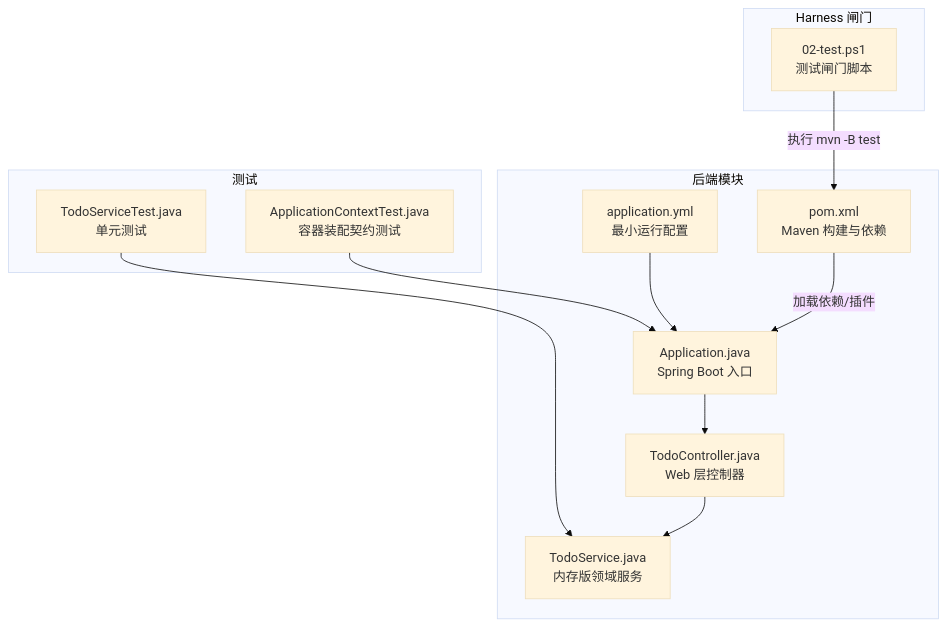
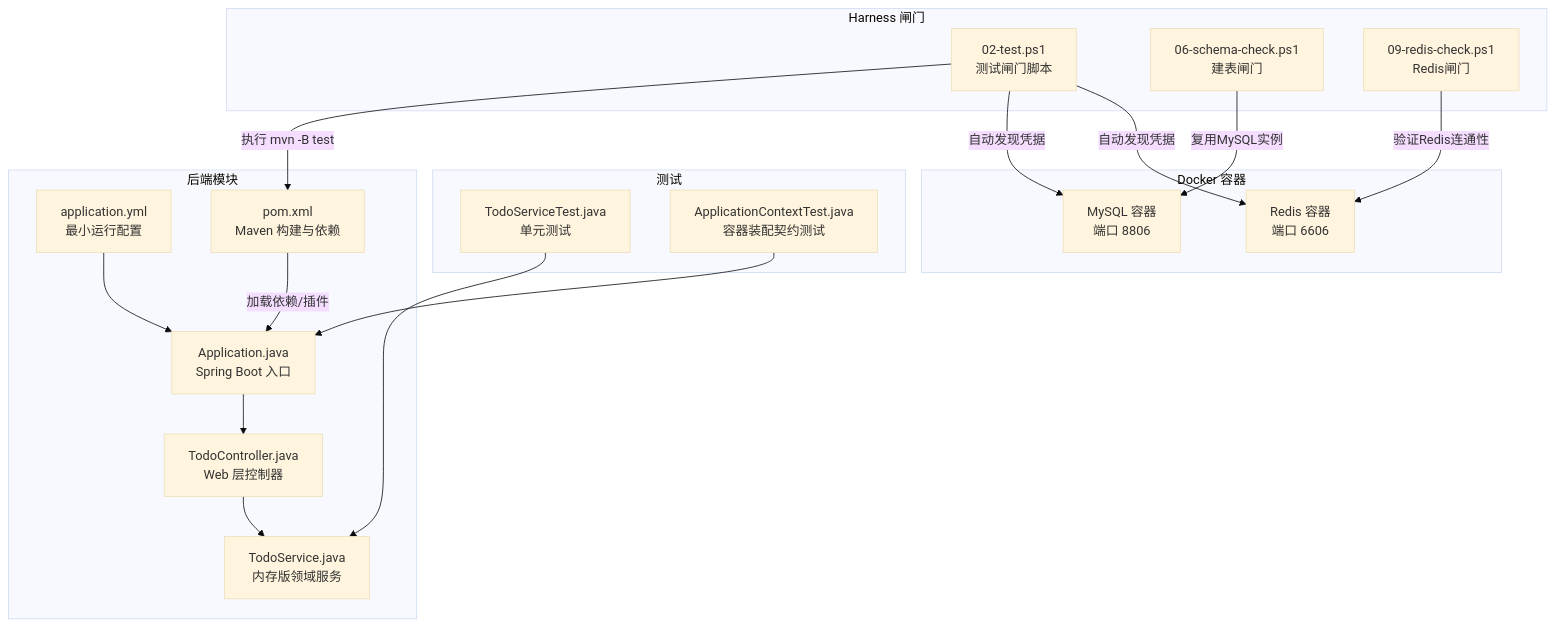
The first of 6 diagrams in .qoder/repowiki/zh/content/自动化验证/测试检查.md (luyitiger6/my-first-project), drawn with Mermaid (base theme) before and after one commit. The commit also changed other lines of this file and 42 other files, not shown here.

````diff
--- a/.qoder/repowiki/zh/content/自动化验证/测试检查.md
+++ b/.qoder/repowiki/zh/content/自动化验证/测试检查.md
@@ -35,24 +43,34 @@
 ```mermaid
 graph TB
 subgraph "后端模块"
 A["Application.java<br/>Spring Boot 入口"]
 B["TodoController.java<br/>Web 层控制器"]
 C["TodoService.java<br/>内存版领域服务"]
 D["application.yml<br/>最小运行配置"]
 E["pom.xml<br/>Maven 构建与依赖"]
 end
 subgraph "测试"
 T1["TodoServiceTest.java<br/>单元测试"]
 T2["ApplicationContextTest.java<br/>容器装配契约测试"]
 end
 subgraph "Harness 闸门"
 H["02-test.ps1<br/>测试闸门脚本"]
+H2["06-schema-check.ps1<br/>建表闸门"]
+H3["09-redis-check.ps1<br/>Redis闸门"]
+end
+subgraph "Docker 容器"
+DC["MySQL 容器<br/>端口 8806"]
+RC["Redis 容器<br/>端口 6606"]
 end
 H --> |"执行 mvn -B test"| E
+H --> |"自动发现凭据"| DC
+H --> |"自动发现凭据"| RC
+H2 --> |"复用MySQL实例"| DC
+H3 --> |"验证Redis连通性"| RC
 E --> |"加载依赖/插件"| A
 A --> B
 B --> C
 T1 --> C
 T2 --> A
 D --> A
 ```
````
